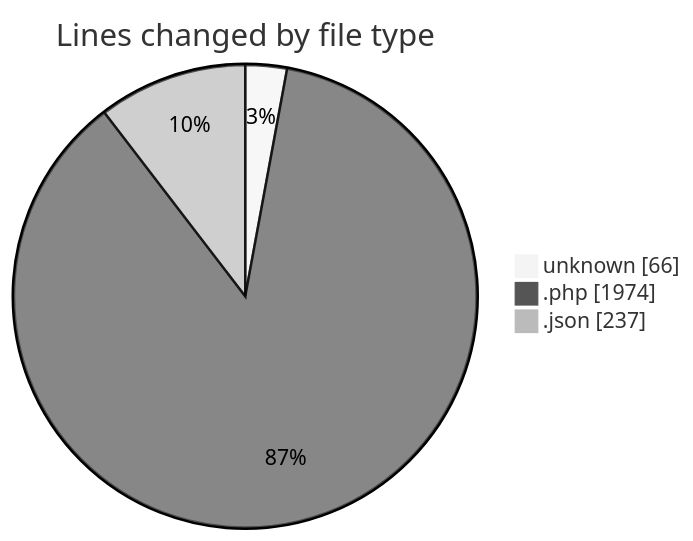
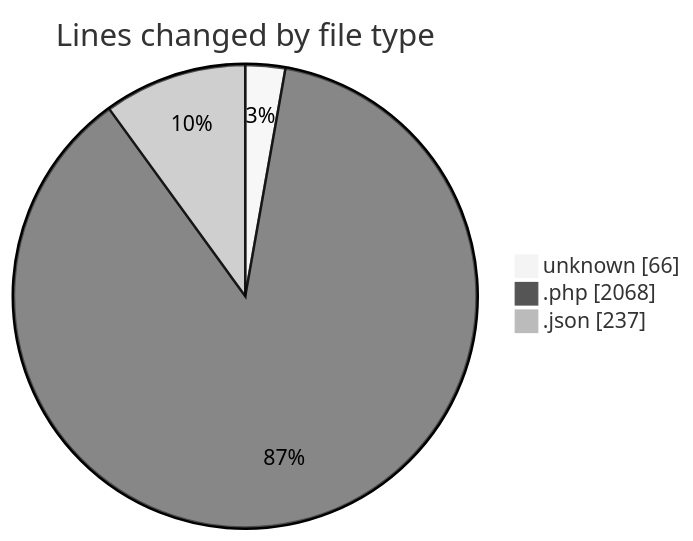
Before and after one commit to idhammustaqopulfikri/code-tracking: the first of 2 diagrams in 2025-05-15/bookingpodcas/README.md, drawn with Mermaid (neutral theme). The commit also changed other lines of this file and 1 other file, not shown here.

````diff
--- a/2025-05-15/bookingpodcas/README.md
+++ b/2025-05-15/bookingpodcas/README.md
@@ -27,7 +27,7 @@
 ```mermaid
 pie showData
 title Lines changed by file type
 "unknown" : 66
-".php" : 1974
+".php" : 2068
 ".json" : 237
 ```
````
